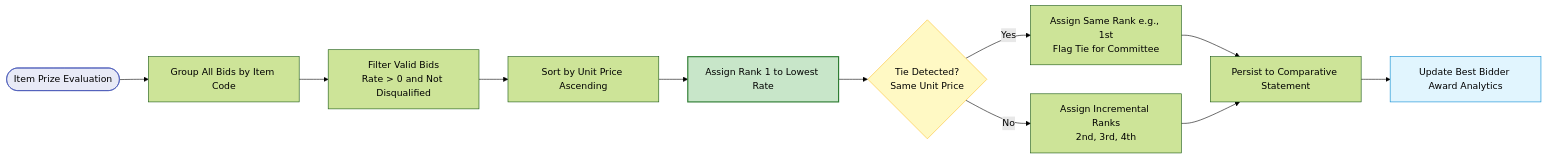
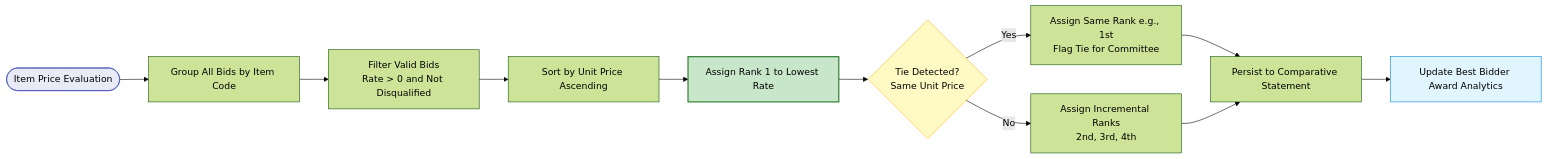
One commit to Muhammad9985/BidMatrix-Pro changed the fourth of 7 diagrams in README.md. Above: the diagram before and after it, drawn with Mermaid (forest theme). The commit also changed other lines of this file, not shown here.

````diff
--- a/README.md
+++ b/README.md
@@ -185,18 +185,18 @@
 ```mermaid
 flowchart LR
-    Start([Item Prize Evaluation]) --> Group[Group All Bids by Item Code]
-    Group --> Filter[Filter Valid Bids<br/>Rate > 0 and Not Disqualified]
-    Filter --> Sort[Sort by Unit Price Ascending]
-    Sort --> RankAssign[Assign Rank 1 to Lowest Rate]
-    RankAssign --> CheckTie{Tie Detected?<br/>Same Unit Price}
-    CheckTie -- Yes --> TieRule[Assign Same Rank e.g., 1st<br/>Flag Tie for Committee]
-    CheckTie -- No --> NextRank[Assign Incremental Ranks<br/>2nd, 3rd, 4th]
-    TieRule --> Save[Persist to Comparative Statement]
+    Start(["Item Price Evaluation"]) --> Group["Group All Bids by Item Code"]
+    Group --> Filter["Filter Valid Bids<br/>Rate > 0 and Not Disqualified"]
+    Filter --> Sort["Sort by Unit Price Ascending"]
+    Sort --> RankAssign["Assign Rank 1 to Lowest Rate"]
+    RankAssign --> CheckTie{"Tie Detected?<br/>Same Unit Price"}
+    CheckTie -- "Yes" --> TieRule["Assign Same Rank e.g., 1st<br/>Flag Tie for Committee"]
+    CheckTie -- "No" --> NextRank["Assign Incremental Ranks<br/>2nd, 3rd, 4th"]
+    TieRule --> Save["Persist to Comparative Statement"]
     NextRank --> Save
-    Save --> Summary[Update Best Bidder Award Analytics]
+    Save --> Summary["Update Best Bidder Award Analytics"]
 
     style Start fill:#E8EAF6,stroke:#3F51B5
     style RankAssign fill:#C8E6C9,stroke:#2E7D32,stroke-width:2px
     style CheckTie fill:#FFF9C4,stroke:#FBC02D
     style Summary fill:#E1F5FE,stroke:#0288D1
 ```
````
